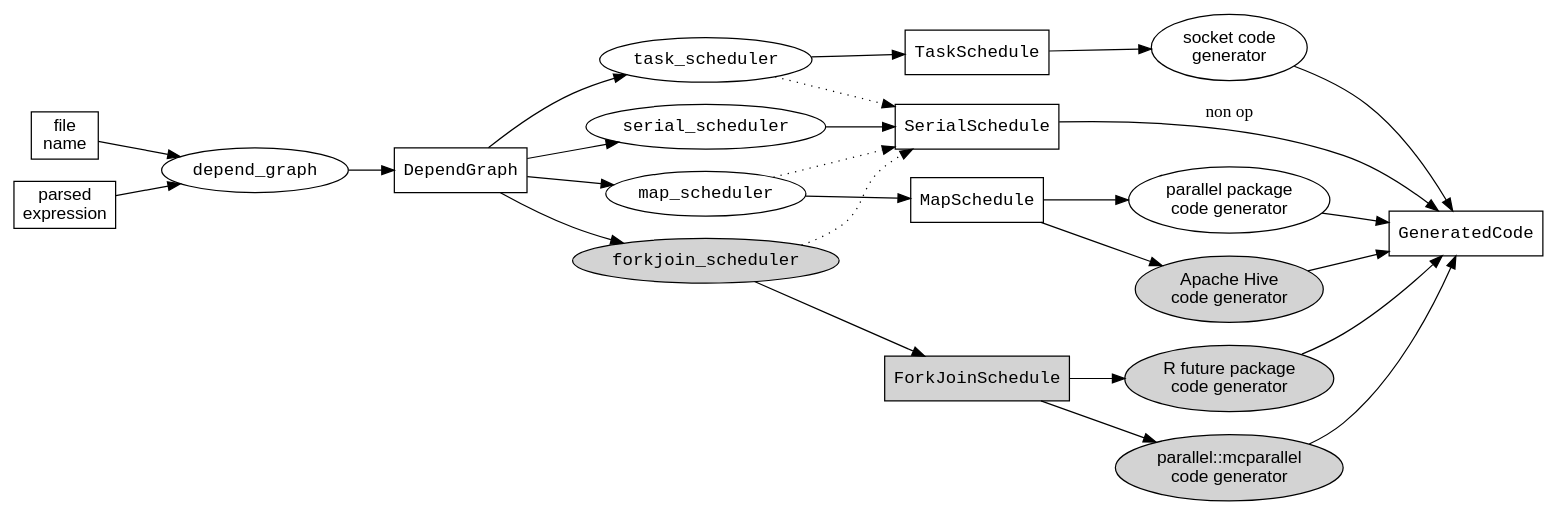
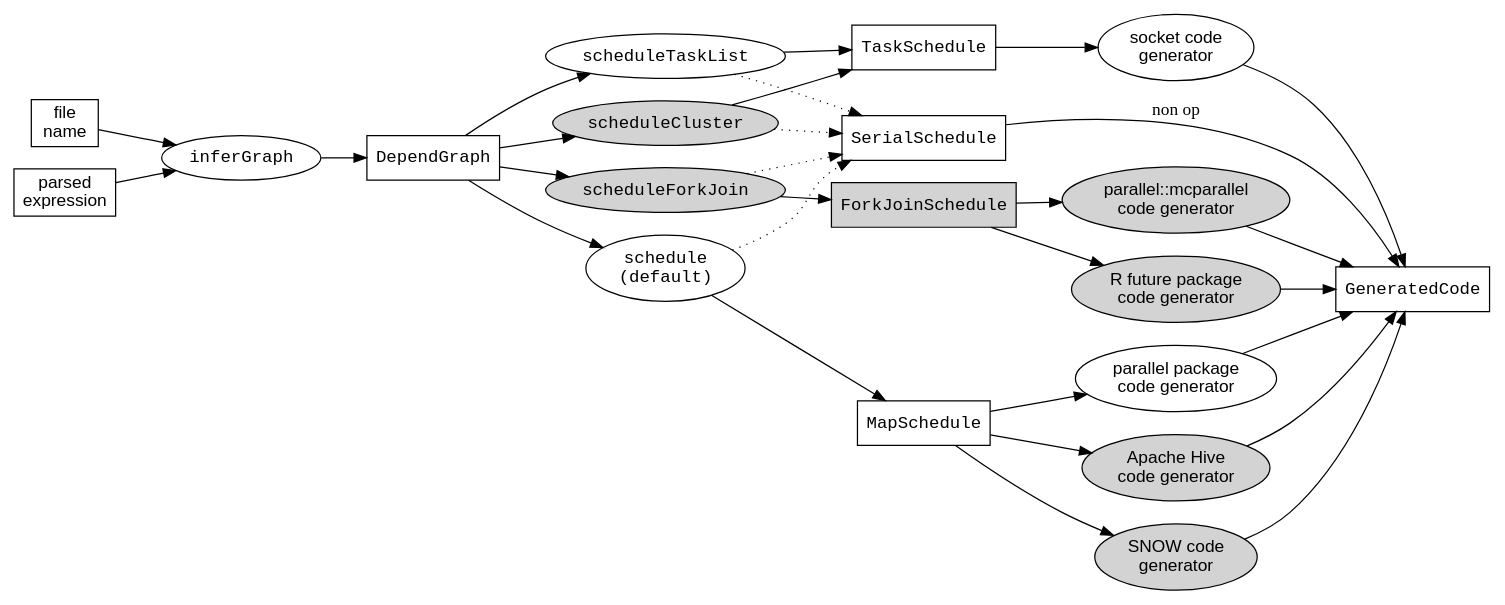
Before and after one commit to clarkfitzg/makeParallel: the diagram in vignettes/extensible.dot, drawn with Graphviz. The commit also changed 2 other files, not shown here.

Commit message:
make extensible diagram follow package

```diff
--- a/vignettes/extensible.dot
+++ b/vignettes/extensible.dot
@@ -1,72 +1,75 @@
 digraph G {
 rankdir = LR;
 
 labeljust=right;
 
 node [shape = "rectangle", fontname = "arial"];
 //------------------------------------------------------------
 file_name [label = "file\nname"];
 parsed_expression [label = "parsed\nexpression"];
 
 node [shape = "rectangle", fontname = "courier"];
 //------------------------------------------------------------
 DependGraph;
 TaskSchedule;
 MapSchedule;
 SerialSchedule;
 GeneratedCode;
 
 node [shape = "oval", fontname = "arial"];
 //------------------------------------------------------------
 socket_code_generator [label = "socket code\ngenerator"];
 parallel_package_code_generator [label = "parallel package\ncode generator"];
 
 node [shape = "oval", fontname = "courier"];
 //------------------------------------------------------------
-depend_graph;
-serial_scheduler;
-task_scheduler;
-map_scheduler;
-serial_scheduler;
+inferGraph;
+scheduleTaskList;
+map_scheduler [label = "schedule\n(default)"];
 
 node [style = "filled", shape = "oval", fontname = "courier"];
 //------------------------------------------------------------
-forkjoin_scheduler;
+scheduleForkJoin;
+scheduleCluster;
 ForkJoinSchedule [shape = "rectangle"];
 
 node [fontname = "arial"];
 hive_code_generator [label = "Apache Hive\ncode generator"];
+snow_code_generator [label = "SNOW code\ngenerator"];
 future_code_generator [label = "R future package\ncode generator"];
 mcparallel_code_generator [label = "parallel::mcparallel\ncode generator"];
 
 
-file_name -> depend_graph;
-parsed_expression -> depend_graph;
-depend_graph -> DependGraph;
-DependGraph -> task_scheduler;
+file_name -> inferGraph;
+parsed_expression -> inferGraph;
+inferGraph -> DependGraph;
+DependGraph -> scheduleTaskList;
 DependGraph -> map_scheduler;
-DependGraph -> serial_scheduler;
-DependGraph -> forkjoin_scheduler;
-task_scheduler -> TaskSchedule;
-serial_scheduler -> SerialSchedule;
+DependGraph -> scheduleForkJoin;
+DependGraph -> scheduleCluster
+scheduleTaskList -> TaskSchedule;
+scheduleCluster -> TaskSchedule;
 map_scheduler -> MapSchedule;
 SerialSchedule -> GeneratedCode [label = "non op"];
 TaskSchedule -> socket_code_generator;
 MapSchedule -> parallel_package_code_generator;
 MapSchedule -> hive_code_generator;
+MapSchedule -> snow_code_generator;
 hive_code_generator -> GeneratedCode;
+snow_code_generator -> GeneratedCode;
 socket_code_generator -> GeneratedCode;
 parallel_package_code_generator -> GeneratedCode;
-forkjoin_scheduler -> ForkJoinSchedule;
+scheduleForkJoin -> ForkJoinSchedule;
 ForkJoinSchedule -> future_code_generator;
 ForkJoinSchedule -> mcparallel_code_generator;
 future_code_generator -> GeneratedCode;
 mcparallel_code_generator -> GeneratedCode;
 
 // Bypass
 edge [style = "dotted"];
 //------------------------------------------------------------
-task_scheduler -> SerialSchedule;
+scheduleTaskList -> SerialSchedule;
 map_scheduler -> SerialSchedule;
-forkjoin_scheduler -> SerialSchedule;
+scheduleForkJoin -> SerialSchedule;
+scheduleCluster -> SerialSchedule;
 }
```
